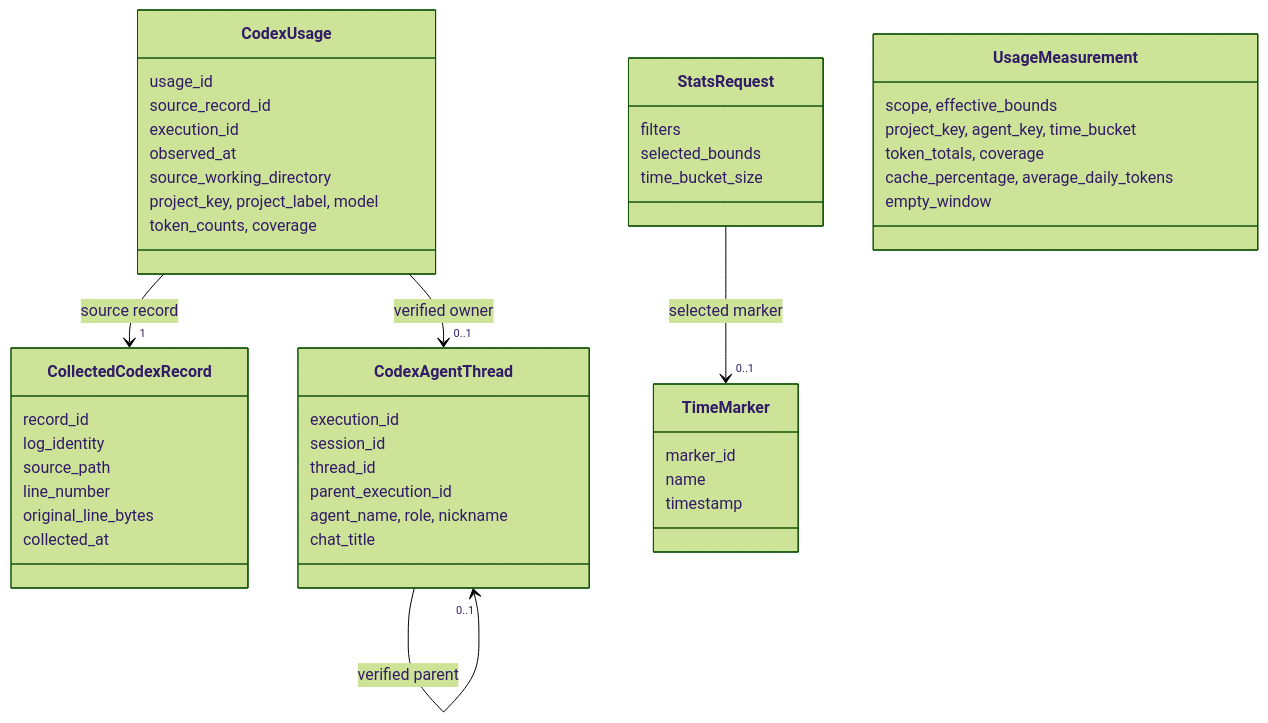
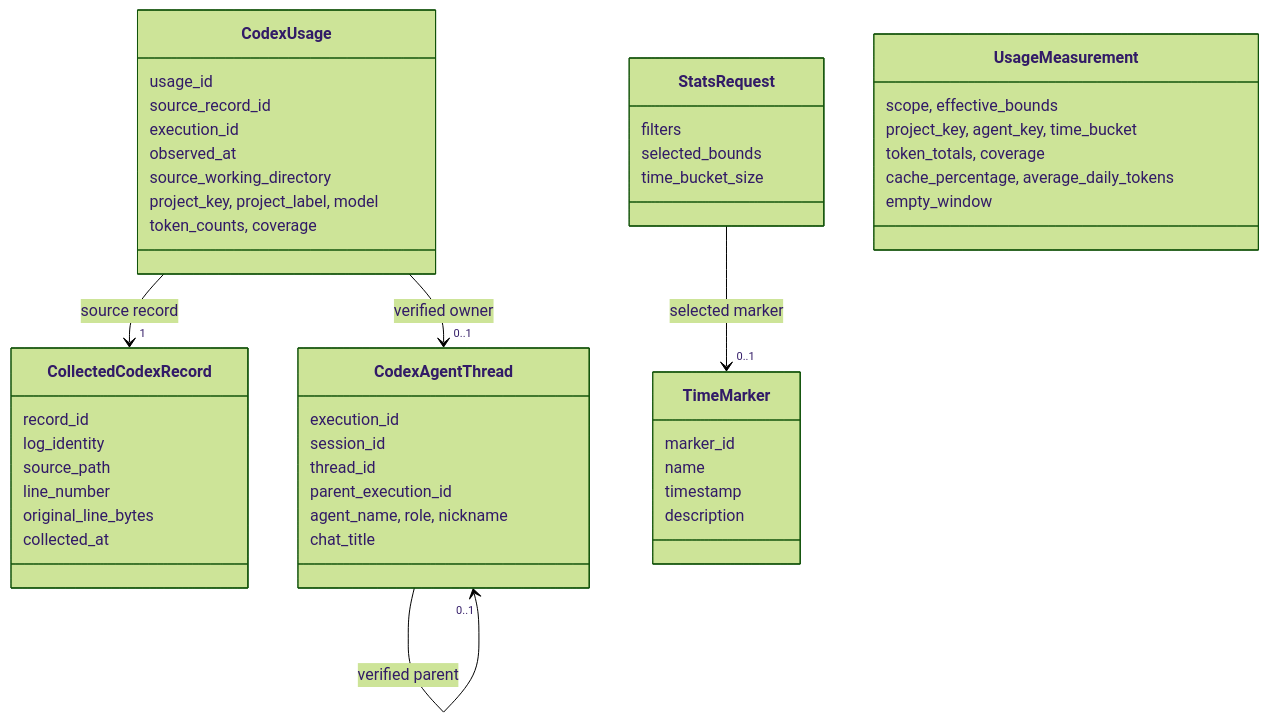
Before and after one commit to xtrmstep/codex-stats-analyzer: the diagram in specification/02-architecture/02-design/010-usage-data-model.md, drawn with Mermaid (forest theme). The commit also changed other lines of this file and 4 other files, not shown here.

````diff
--- a/specification/02-architecture/02-design/010-usage-data-model.md
+++ b/specification/02-architecture/02-design/010-usage-data-model.md
@@ -20,49 +20,50 @@
 ```mermaid
 classDiagram
     class CollectedCodexRecord {
         record_id
         log_identity
         source_path
         line_number
         original_line_bytes
         collected_at
     }
     class CodexAgentThread {
         execution_id
         session_id
         thread_id
         parent_execution_id
         agent_name, role, nickname
         chat_title
     }
     class CodexUsage {
         usage_id
         source_record_id
         execution_id
         observed_at
         source_working_directory
         project_key, project_label, model
         token_counts, coverage
     }
     class TimeMarker {
         marker_id
         name
         timestamp
+        description
     }
     class StatsRequest {
         filters
         selected_bounds
         time_bucket_size
     }
     class UsageMeasurement {
         scope, effective_bounds
         project_key, agent_key, time_bucket
         token_totals, coverage
         cache_percentage, average_daily_tokens
         empty_window
     }
     CodexUsage --> "1" CollectedCodexRecord : source record
     CodexUsage --> "0..1" CodexAgentThread : verified owner
     CodexAgentThread --> "0..1" CodexAgentThread : verified parent
     StatsRequest --> "0..1" TimeMarker : selected marker
 ```
````
